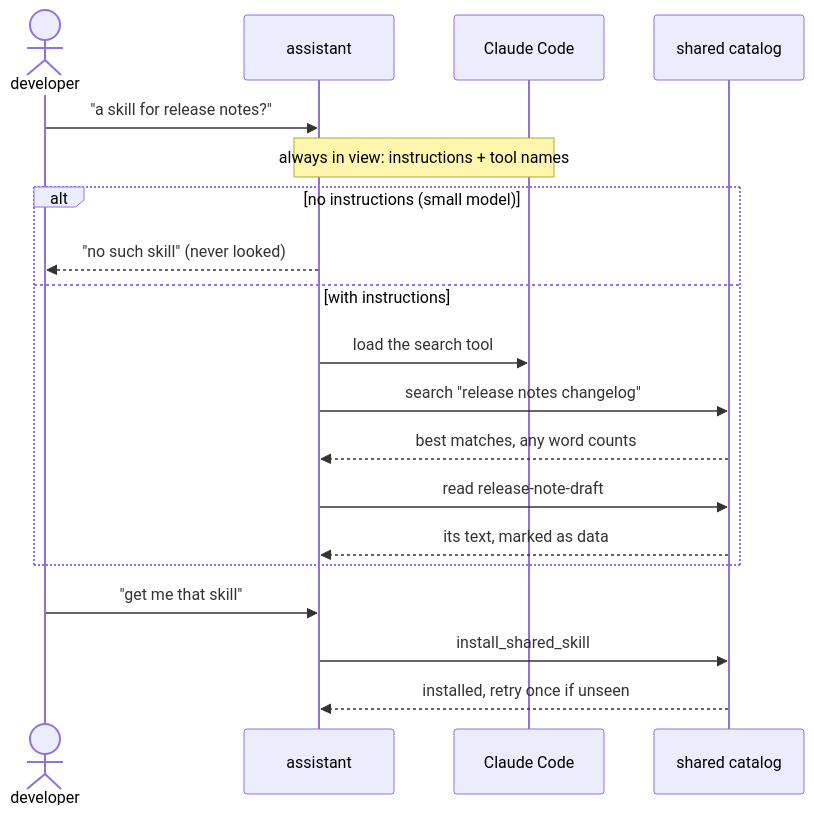
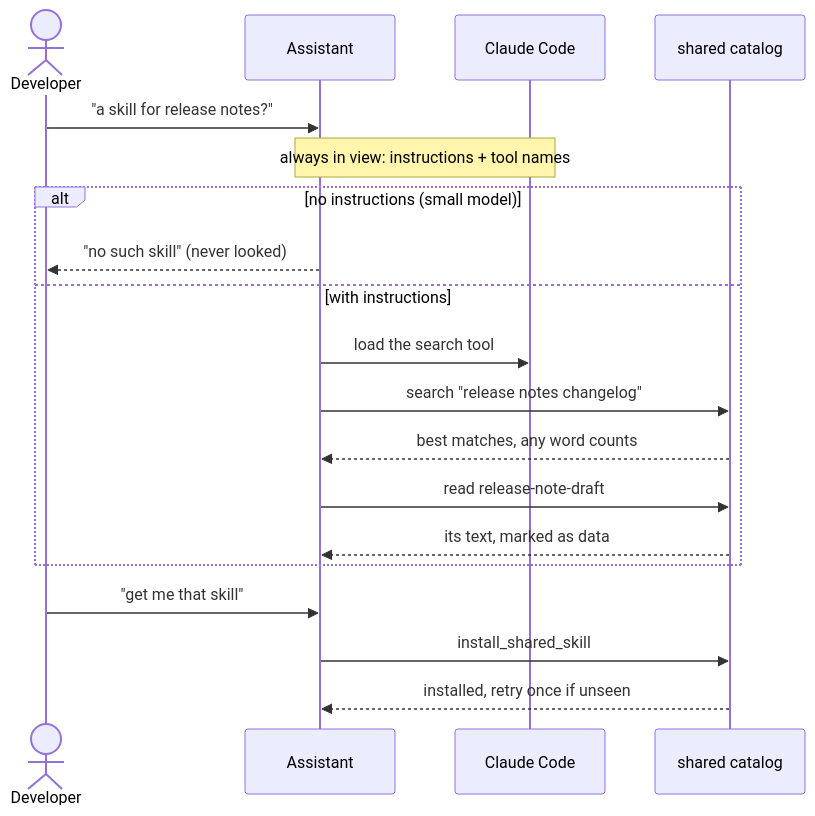
One commit to nandr-web/skills-catalog changed the first of 3 diagrams in docs/agent-experience.md. Above: the diagram before and after it, drawn with Mermaid. The commit also changed other lines of this file, not shown here.

````diff
--- a/docs/agent-experience.md
+++ b/docs/agent-experience.md
@@ -12,21 +13,21 @@
 ```mermaid
 sequenceDiagram
-    actor Dev as developer
-    participant A as assistant
+    actor Dev as Developer
+    participant A as Assistant
     participant H as Claude Code
     participant C as shared catalog
     Dev->>A: "a skill for release notes?"
     Note over A,H: always in view: instructions + tool names
     alt no instructions (small model)
         A-->>Dev: "no such skill" (never looked)
     else with instructions
         A->>H: load the search tool
         A->>C: search "release notes changelog"
         C-->>A: best matches, any word counts
         A->>C: read release-note-draft
         C-->>A: its text, marked as data
     end
     Dev->>A: "get me that skill"
     A->>C: install_shared_skill
     C-->>A: installed, retry once if unseen
 ```
````
